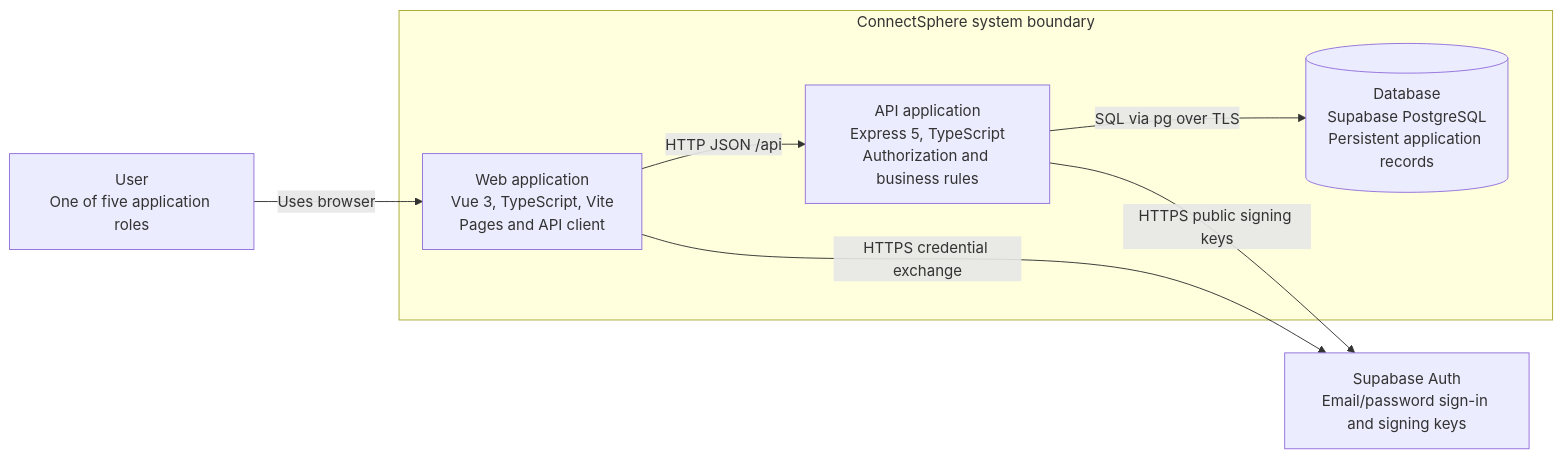
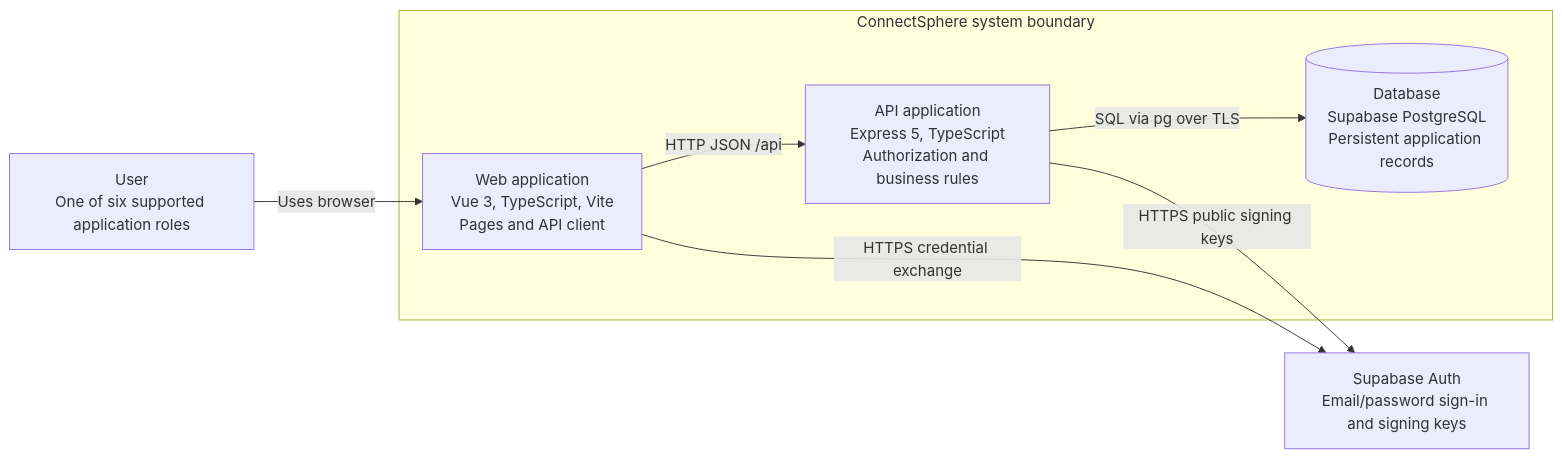
The second of 7 diagrams in docs/architecture/README.md (MochaLxtte/ConnectSphere), drawn with Mermaid before and after one commit. The commit also changed other lines of this file and 35 other files, not shown here.

````diff
--- a/docs/architecture/README.md
+++ b/docs/architecture/README.md
@@ -30,15 +32,15 @@
 ```mermaid
 flowchart LR
-  user["User<br/>One of five application roles"]
+  user["User<br/>One of six supported application roles"]
   identity["Supabase Auth<br/>Email/password sign-in and signing keys"]
   subgraph boundary["ConnectSphere system boundary"]
     web["Web application<br/>Vue 3, TypeScript, Vite<br/>Pages and API client"]
     api["API application<br/>Express 5, TypeScript<br/>Authorization and business rules"]
     db[("Database<br/>Supabase PostgreSQL<br/>Persistent application records")]
   end
   user -->|Uses browser| web
   web -->|HTTP JSON /api| api
   web -->|HTTPS credential exchange| identity
   api -->|HTTPS public signing keys| identity
   api -->|SQL via pg over TLS| db
 ```
````
